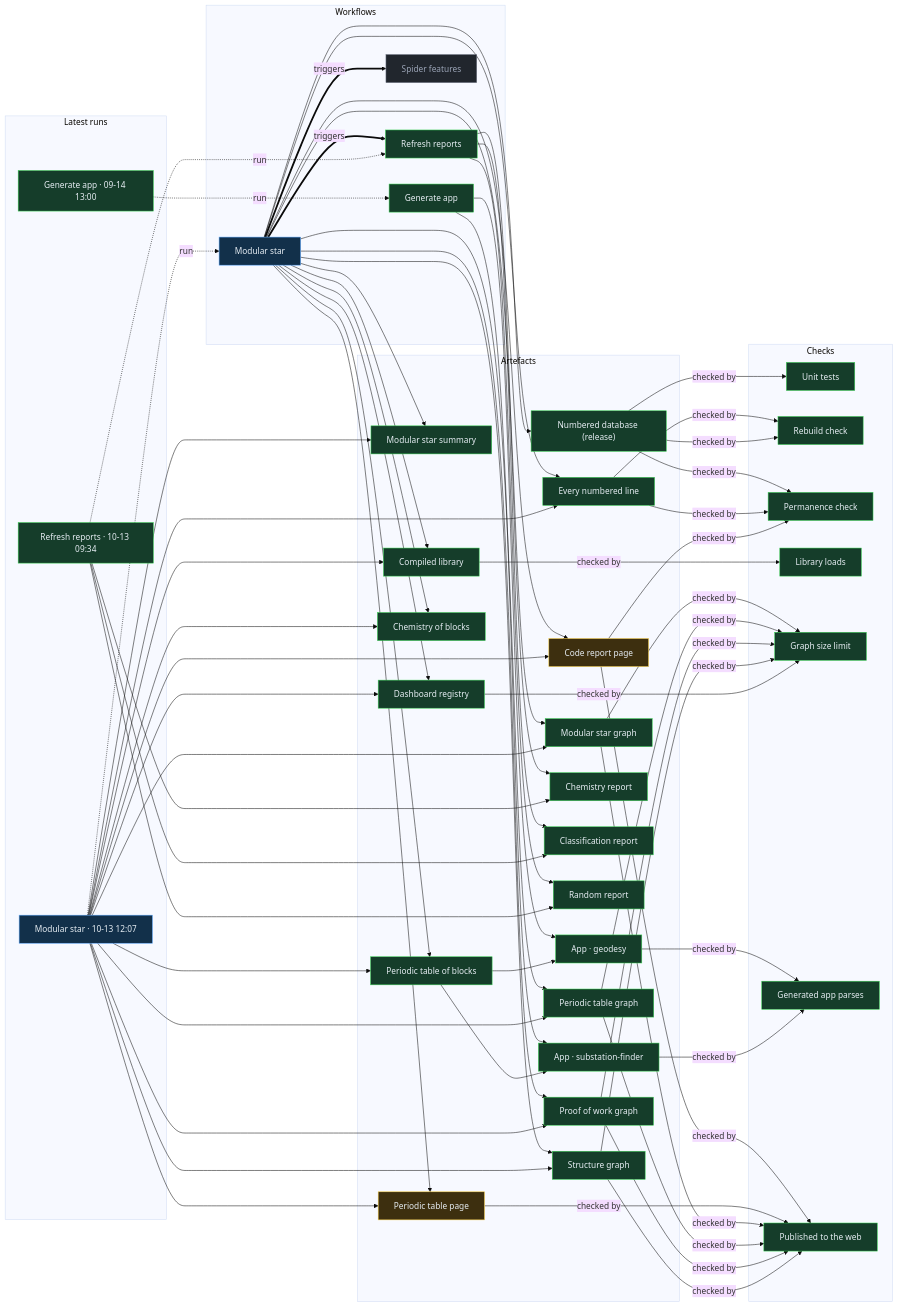
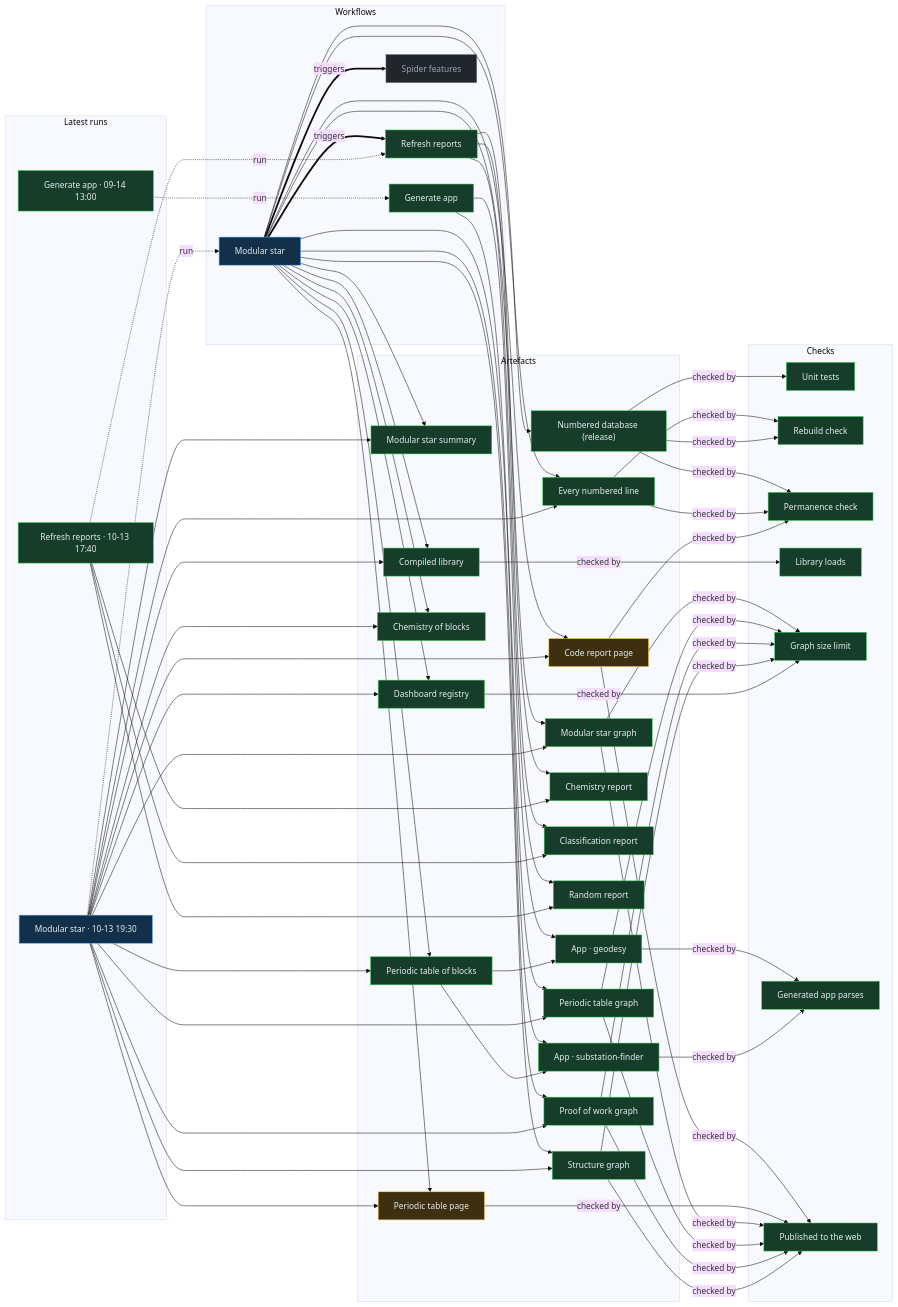
The diagram in proof/PROOF.md (Ventusltd/stars), drawn with Mermaid (base theme) before and after one commit. The commit also changed other lines of this file and 139 other files, not shown here.

Commit message:
Modular star 2026-10-13T19:33Z

```diff
--- a/proof/PROOF.md
+++ b/proof/PROOF.md
@@ -24,8 +24,8 @@
   n_wf_spider_features["Spider features"]:::off
   end
   subgraph g_runs["Latest runs"]
-  n_run_38395015143["Modular star · 10-13 12:07"]:::live
-  n_run_38377306160["Refresh reports · 10-13 09:34"]:::ok
+  n_run_38455357581["Modular star · 10-13 19:30"]:::live
+  n_run_38440546677["Refresh reports · 10-13 17:40"]:::ok
   n_run_34846587798["Generate app · 09-14 13:00"]:::ok
   end
   subgraph g_artefacts["Artefacts"]
@@ -59,39 +59,39 @@
   end
   n_wf_modular_star == triggers ==> n_wf_refresh
   n_wf_modular_star == triggers ==> n_wf_spider_features
-  n_run_38395015143 -. run .-> n_wf_modular_star
-  n_run_38377306160 -. run .-> n_wf_refresh
+  n_run_38455357581 -. run .-> n_wf_modular_star
+  n_run_38440546677 -. run .-> n_wf_refresh
   n_run_34846587798 -. run .-> n_wf_generate
   n_wf_modular_star --> n_art_summary
-  n_run_38395015143 --> n_art_summary
+  n_run_38455357581 --> n_art_summary
   n_wf_modular_star --> n_art_lines
-  n_run_38395015143 --> n_art_lines
+  n_run_38455357581 --> n_art_lines
   n_wf_modular_star --> n_art_code
-  n_run_38395015143 --> n_art_code
+  n_run_38455357581 --> n_art_code
   n_wf_modular_star --> n_art_modular_graph
-  n_run_38395015143 --> n_art_modular_graph
+  n_run_38455357581 --> n_art_modular_graph
   n_wf_modular_star --> n_art_blocks
-  n_run_38395015143 --> n_art_blocks
+  n_run_38455357581 --> n_art_blocks
   n_wf_modular_star --> n_art_table
-  n_run_38395015143 --> n_art_table
+  n_run_38455357581 --> n_art_table
   n_wf_modular_star --> n_art_blocks_graph
-  n_run_38395015143 --> n_art_blocks_graph
+  n_run_38455357581 --> n_art_blocks_graph
   n_wf_modular_star --> n_art_reactions
-  n_run_38395015143 --> n_art_reactions
+  n_run_38455357581 --> n_art_reactions
   n_wf_modular_star --> n_art_library
-  n_run_38395015143 --> n_art_library
+  n_run_38455357581 --> n_art_library
   n_wf_modular_star --> n_art_features
-  n_run_38395015143 --> n_art_features
+  n_run_38455357581 --> n_art_features
   n_wf_modular_star --> n_art_proof
-  n_run_38395015143 --> n_art_proof
+  n_run_38455357581 --> n_art_proof
   n_wf_modular_star --> n_art_structure
-  n_run_38395015143 --> n_art_structure
+  n_run_38455357581 --> n_art_structure
   n_wf_refresh --> n_art_chemistry
-  n_run_38377306160 --> n_art_chemistry
+  n_run_38440546677 --> n_art_chemistry
   n_wf_refresh --> n_art_vedic
-  n_run_38377306160 --> n_art_vedic
+  n_run_38440546677 --> n_art_vedic
   n_wf_refresh --> n_art_random
-  n_run_38377306160 --> n_art_random
+  n_run_38440546677 --> n_art_random
   n_wf_modular_star --> n_art_release
   n_wf_generate --> n_app_geodesy
   n_art_blocks --> n_app_geodesy
```
